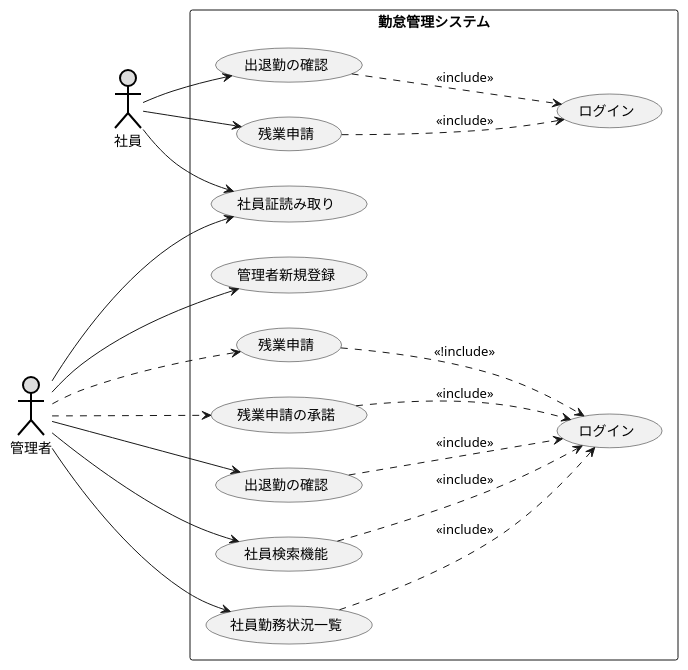
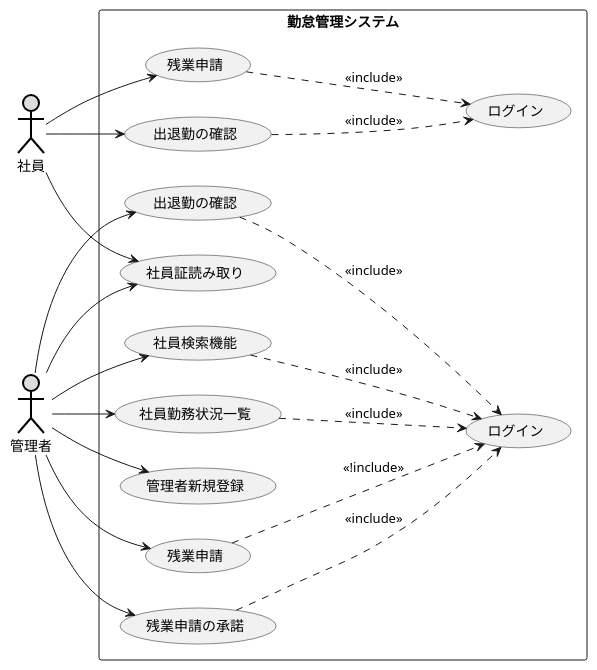
The diagram in pro.pu (hosoya0503/uml-intro), drawn with PlantUML before and after one commit.

Commit message:
残業

```diff
--- a/pro.pu
+++ b/pro.pu
@@ -1,39 +1,39 @@
 @startuml プロジェクト開発
 left to right direction
 actor 社員 #DDDDDD;line:black;line.bold;
 actor 管理者 #DDDDDD;line:black;line.bold;
 rectangle 勤怠管理システム {
     usecase 社員証読み取り
     usecase ログイン as 社員ログイン
     usecase 出退勤の確認 as 社員用確認
     usecase 残業申請 as 社員残業
 
     usecase ログイン as 管理者ログイン
     usecase 管理者新規登録
     usecase 出退勤の確認 as 管理者用確認
     usecase 社員検索機能
     usecase 社員勤務状況一覧
     usecase 残業申請 as 管理者残業
     usecase 残業申請の承諾
 
 }
 社員 --> 社員証読み取り
 社員 --> 社員用確認
 社員用確認 --.> 社員ログイン: << include >>
 社員 --> 社員残業
 社員残業 --.> 社員ログイン: << include >>
 
 管理者 --> 社員証読み取り
 管理者 --> 管理者新規登録
 管理者 --> 管理者用確認
 管理者用確認 --.> 管理者ログイン: << include >>
 管理者 --> 社員検索機能
 社員検索機能 --.> 管理者ログイン: << include >>
 管理者 --> 社員勤務状況一覧
 社員勤務状況一覧 --.> 管理者ログイン: << include >>
-管理者 --.> 管理者残業
+管理者 --> 管理者残業
 管理者残業 --.> 管理者ログイン: << !include >>
-管理者 --.> 残業申請の承諾
+管理者 --> 残業申請の承諾
 残業申請の承諾 --.> 管理者ログイン: << include >>
 
 @enduml
```
